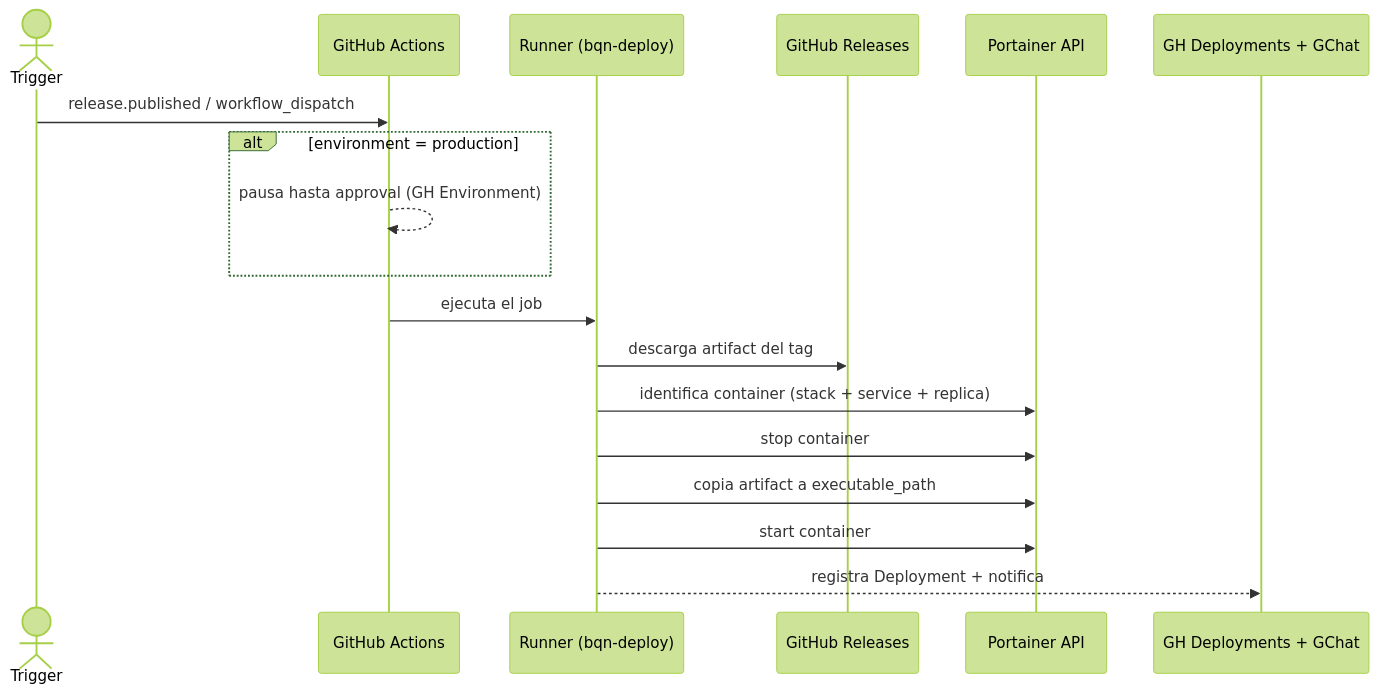
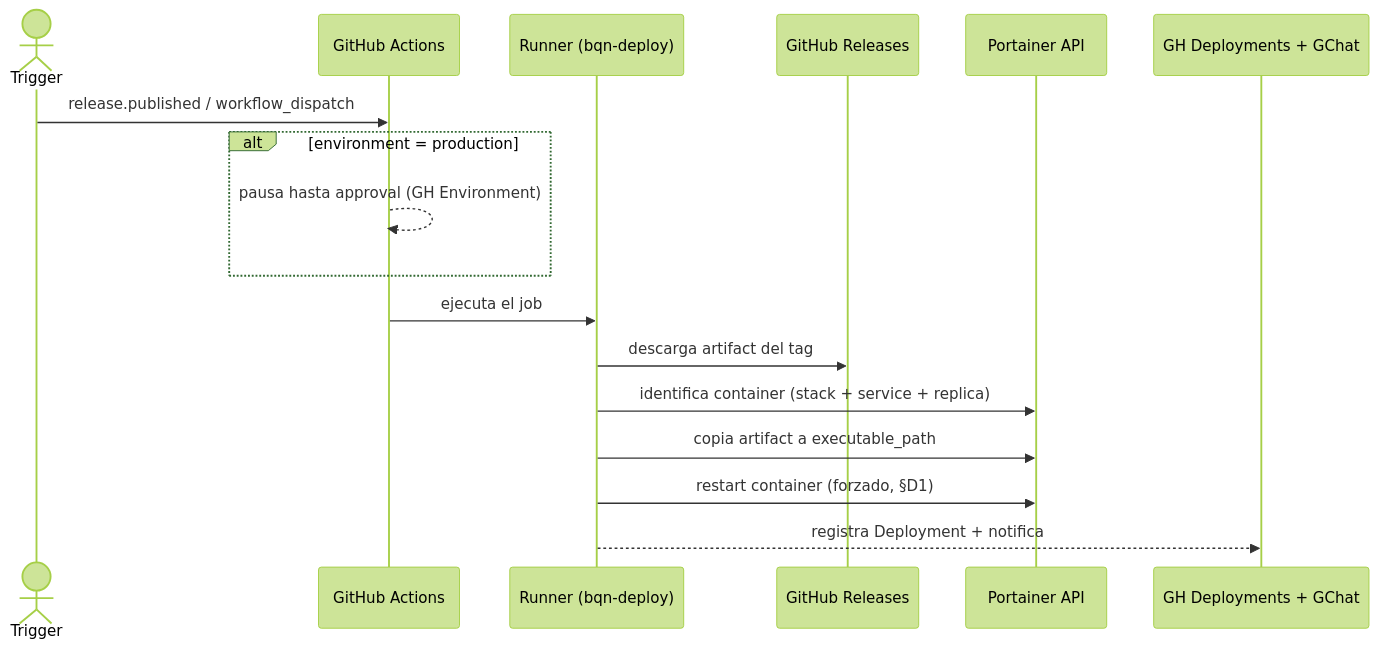
The sixth of 6 diagrams in docs/v2-hito2-deploy-spec.md (BQN-UY/CI-CD), drawn with Mermaid (forest theme) before and after one commit.

Commit message:
docs(spec): reemplazar stop/start por restart en §8.2 (alinea con §D1)
Séptima corrección del review de Copilot: el sequence diagram seguía
mostrando el modelo v1 de Jenkins (stop → copy → start) en vez del
modelo v2 fijado en §4/D1 (copia + restart forzado tras escribir el
artifact). §8 quedaba contradictorio con la decisión D1 del mismo spec.

````diff
--- a/docs/v2-hito2-deploy-spec.md
+++ b/docs/v2-hito2-deploy-spec.md
@@ -387,21 +387,20 @@
 ```mermaid
 sequenceDiagram
     actor T as Trigger
     participant GH as GitHub Actions
     participant R as Runner (bqn-deploy)
     participant Rel as GitHub Releases
     participant P as Portainer API
     participant Side as GH Deployments + GChat
 
     T->>GH: release.published / workflow_dispatch
     alt environment = production
         GH-->>GH: pausa hasta approval (GH Environment)
     end
     GH->>R: ejecuta el job
     R->>Rel: descarga artifact del tag
     R->>P: identifica container (stack + service + replica)
-    R->>P: stop container
     R->>P: copia artifact a executable_path
-    R->>P: start container
+    R->>P: restart container (forzado, §D1)
     R-->>Side: registra Deployment + notifica
 ```
````
